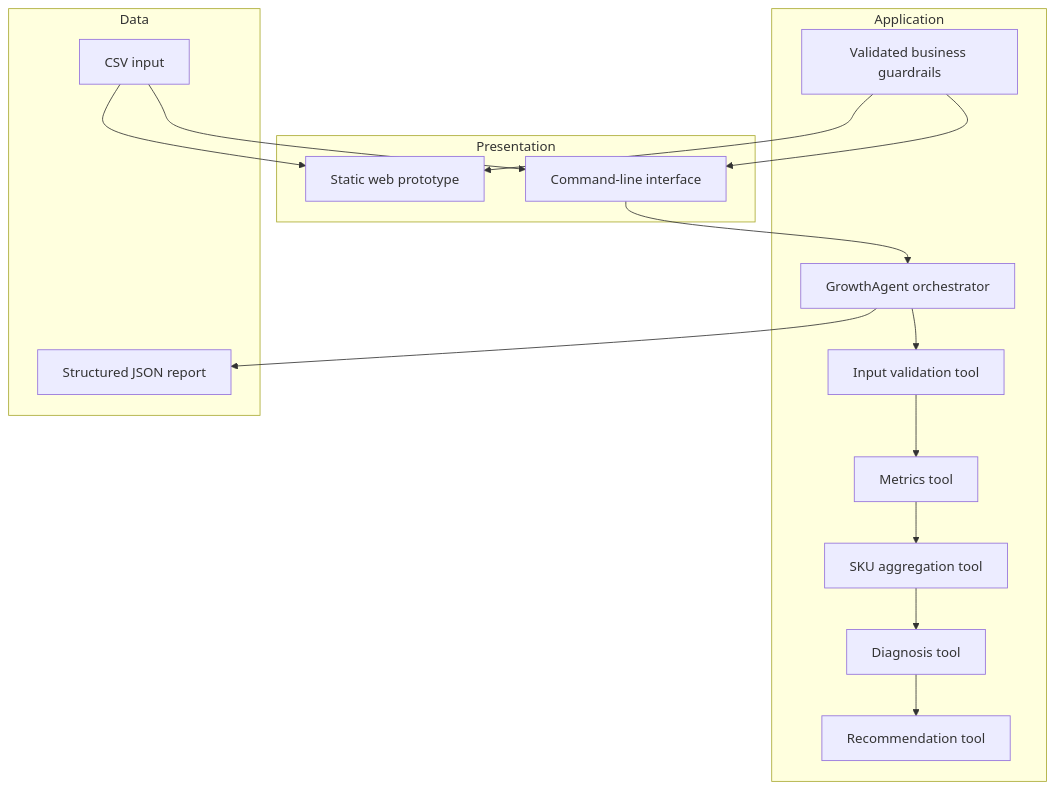
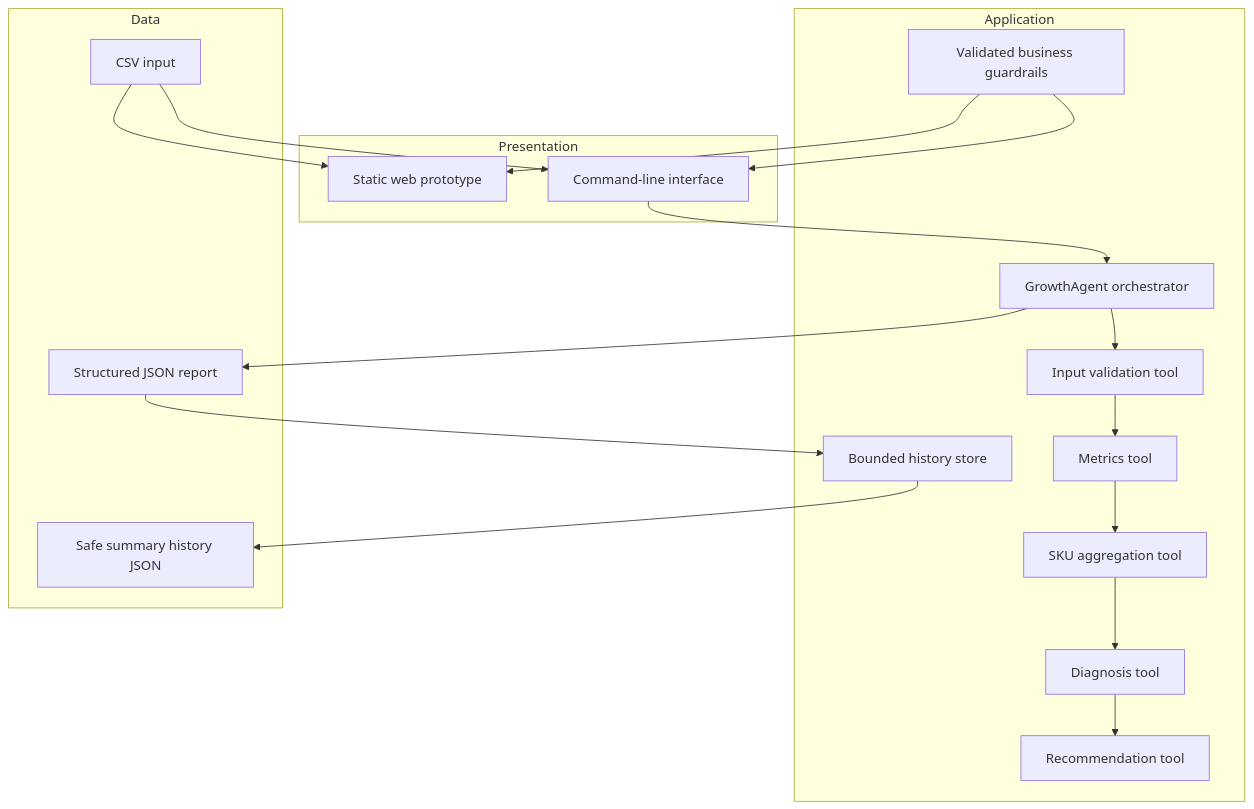
One commit to magicyao2028-pixel/ecommerce-growth-agent changed the first of 2 diagrams in docs/ARCHITECTURE.md. Above: the diagram before and after it, drawn with Mermaid. The commit also changed other lines of this file and 15 other files, not shown here.

Commit message:
Add bounded local analysis history

````diff
--- a/docs/ARCHITECTURE.md
+++ b/docs/ARCHITECTURE.md
@@ -13,27 +13,30 @@
 ```mermaid
 flowchart TB
     subgraph Presentation
       W[Static web prototype]
       C[Command-line interface]
     end
     subgraph Application
       A[GrowthAgent orchestrator]
       T1[Input validation tool]
       T2[Metrics tool]
       T3[SKU aggregation tool]
       T4[Diagnosis tool]
       T5[Recommendation tool]
       CFG[Validated business guardrails]
+      H[Bounded history store]
     end
     subgraph Data
       CSV[CSV input]
       JSON[Structured JSON report]
+      HIST[Safe summary history JSON]
     end
     CSV --> W
     CSV --> C
     CFG --> W
     CFG --> C
     C --> A
     A --> T1 --> T2 --> T3 --> T4 --> T5
     A --> JSON
+    JSON --> H --> HIST
 ```
````
